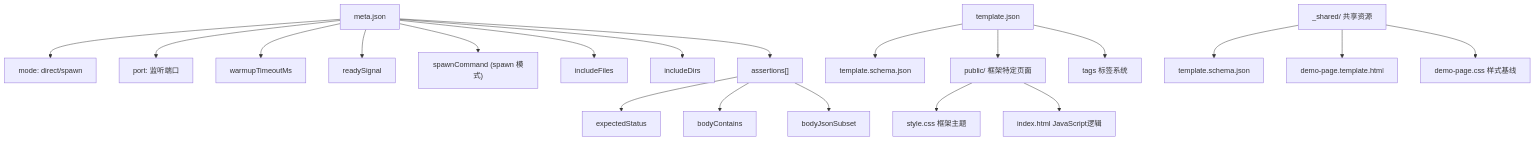
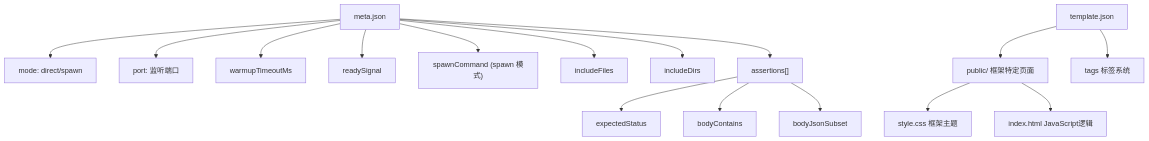
The sixth of 6 diagrams in .qoder/repowiki/zh/content/后端框架测试/后端框架测试套件.md (esa-sp/test-for-aone-ci), drawn with Mermaid before and after one commit. The commit also changed other lines of this file and 5 other files, not shown here.

````diff
--- a/.qoder/repowiki/zh/content/后端框架测试/后端框架测试套件.md
+++ b/.qoder/repowiki/zh/content/后端框架测试/后端框架测试套件.md
@@ -339,22 +291,18 @@
 ```mermaid
 graph TB
 Meta["meta.json"] --> Mode["mode: direct/spawn"]
 Meta --> Port["port: 监听端口"]
 Meta --> Warmup["warmupTimeoutMs"]
 Meta --> Ready["readySignal"]
 Meta --> SpawnCmd["spawnCommand (spawn 模式)"]
 Meta --> IncludeFiles["includeFiles"]
 Meta --> IncludeDirs["includeDirs"]
 Meta --> Assertions["assertions[]"]
 Assertions --> Status["expectedStatus"]
 Assertions --> BodyContains["bodyContains"]
 Assertions --> BodyJsonSubset["bodyJsonSubset"]
-Template["template.json"] --> Schema["template.schema.json"]
-Template --> Public["public/ 框架特定页面"]
+Template["template.json"] --> Public["public/ 框架特定页面"]
 Template --> Tags["tags 标签系统"]
 Public --> CSS["style.css 框架主题"]
 Public --> JS["index.html JavaScript逻辑"]
-Shared["_shared/ 共享资源"] --> TemplateSchema["template.schema.json"]
-Shared --> DemoTemplate["demo-page.template.html"]
-Shared --> DemoCSS["demo-page.css 样式基线"]
 ```
````
